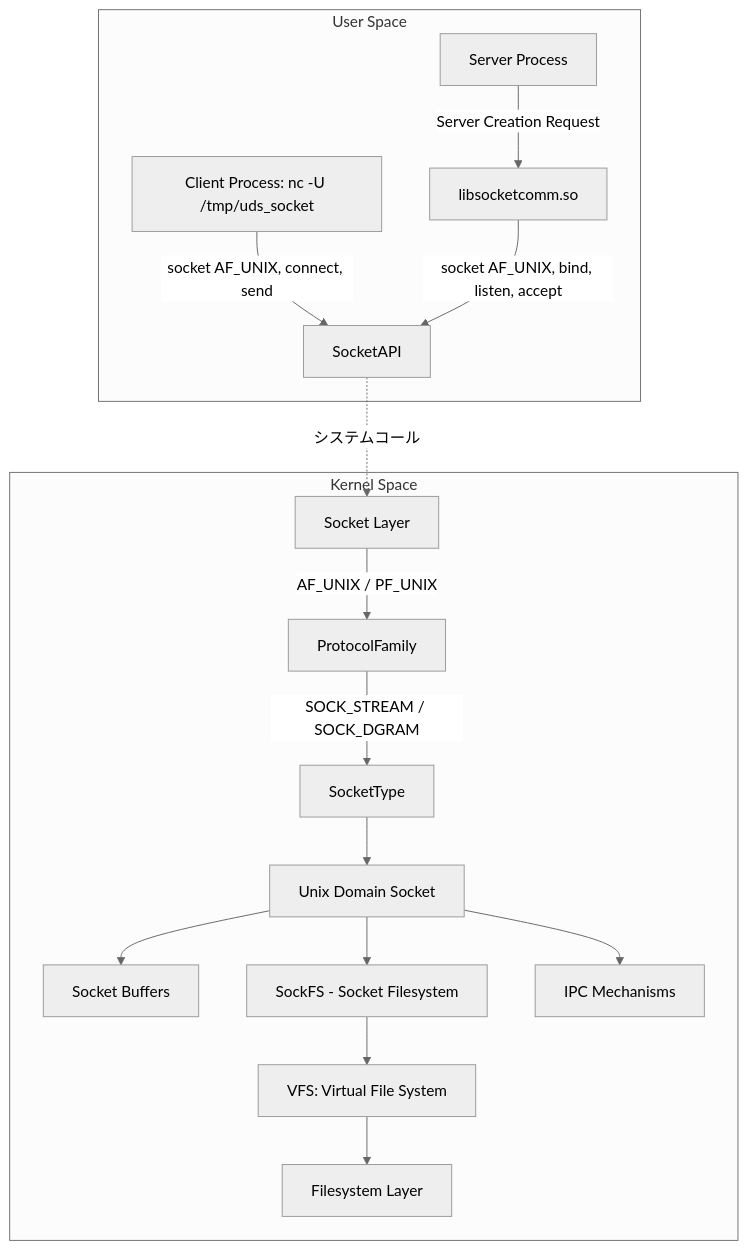
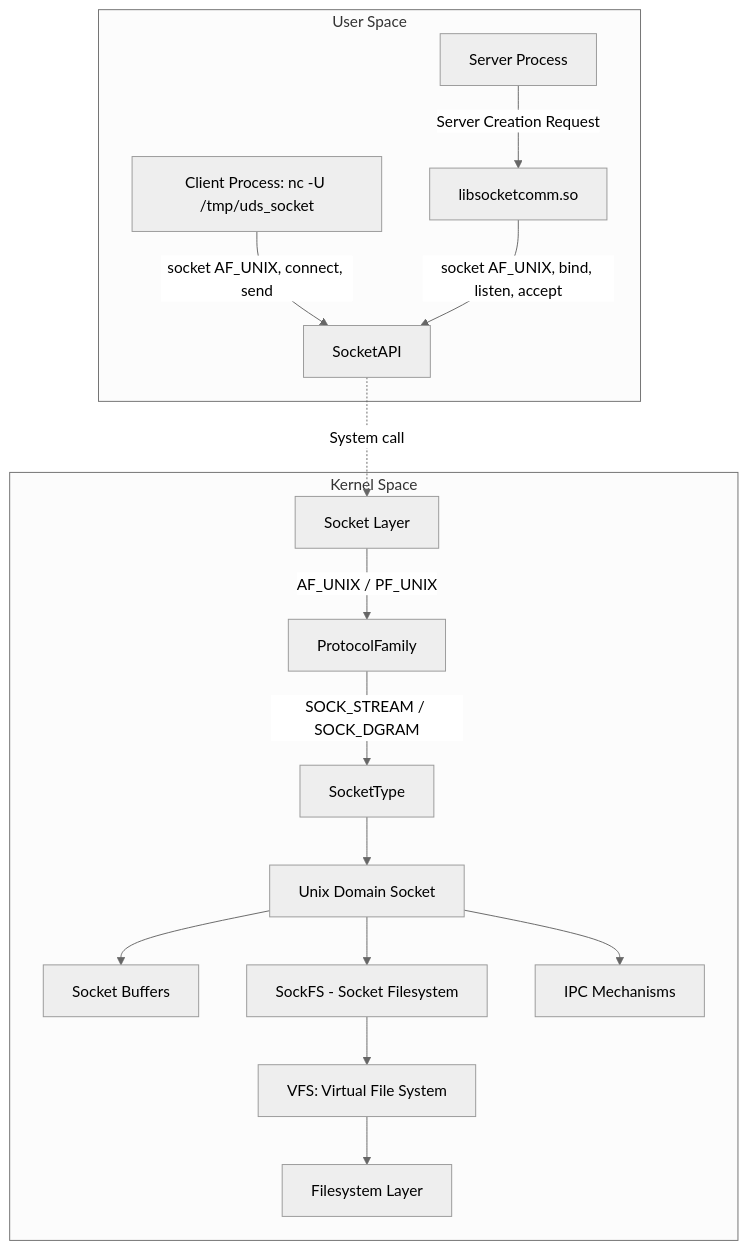
One commit to ottomossei/socket-communication-lib changed the diagram in README.md. Above: the diagram before and after it, drawn with Mermaid (neutral theme).

````diff
--- a/README.md
+++ b/README.md
@@ -51,35 +51,35 @@
 ```mermaid
 graph TD;
     %% UserSpace: クライアントとサーバーが動作する領域
     subgraph UserSpace [User Space]
         ClientProcess[Client Process: nc -U /tmp/uds_socket]
         ServerProcess[Server Process]
         libsocketcomm.so[libsocketcomm.so]
 
         ClientProcess -->|socket AF_UNIX, connect, send| SocketAPI
         ServerProcess -->|Server Creation Request| libsocketcomm.so
         libsocketcomm.so -->|socket AF_UNIX, bind, listen, accept| SocketAPI
     end
 
     %% カーネル空間へのシステムコールインターフェース
-    SocketAPI -.システムコール.-> SocketLayer
+    SocketAPI -.System call.-> SocketLayer
 
     %% KernelSpace: カーネル領域でのUDS関連コンポーネント
     subgraph KernelSpace [Kernel Space]
         SocketLayer[Socket Layer]
 
         %% アドレスファミリーとプロトコルファミリー
         SocketLayer -->|AF_UNIX / PF_UNIX| ProtocolFamily
 
         %% ソケットタイプ
         ProtocolFamily -->|SOCK_STREAM / SOCK_DGRAM| SocketType
 
         %% Unixドメインソケット
         SocketType --> UDS[Unix Domain Socket]
         UDS --> SocketBuffers[Socket Buffers]
         UDS --> SockFS[SockFS - Socket Filesystem]
         SockFS --> VFS[VFS: Virtual File System]
         VFS --> Filesystem[Filesystem Layer]
         UDS --> IPCMechanisms[IPC Mechanisms]
     end
 ```
````
